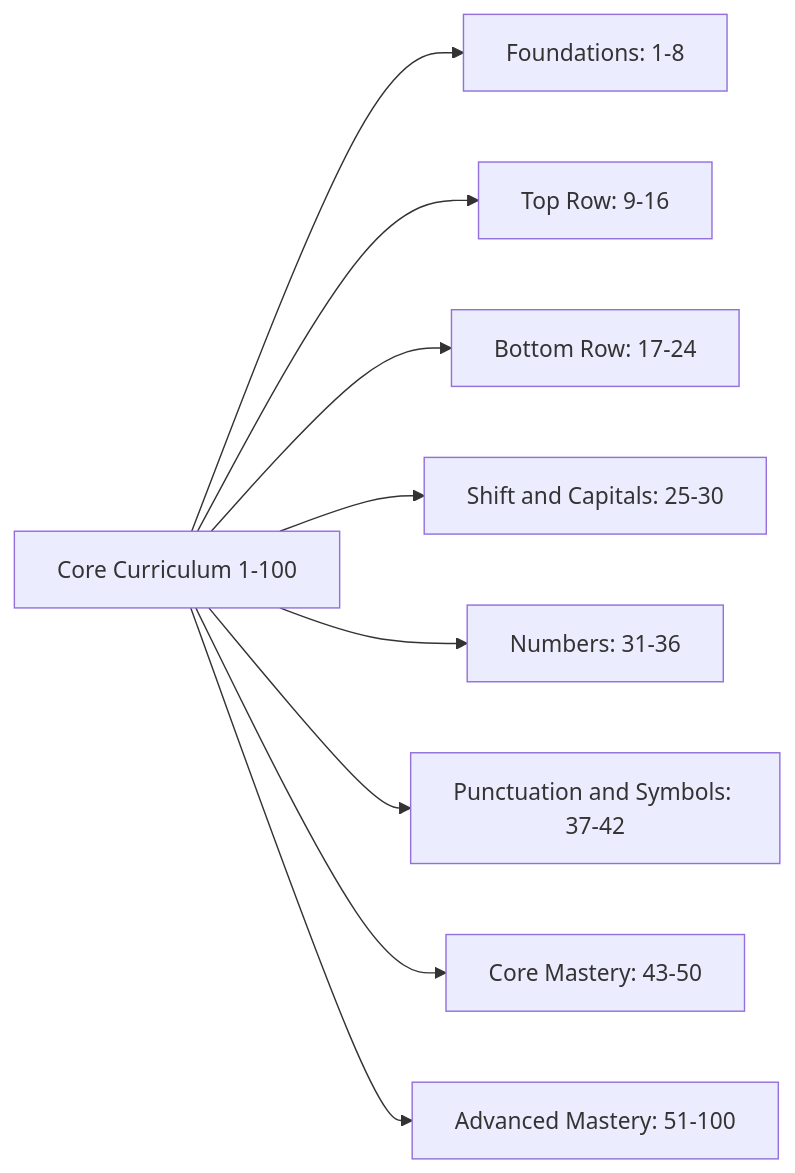
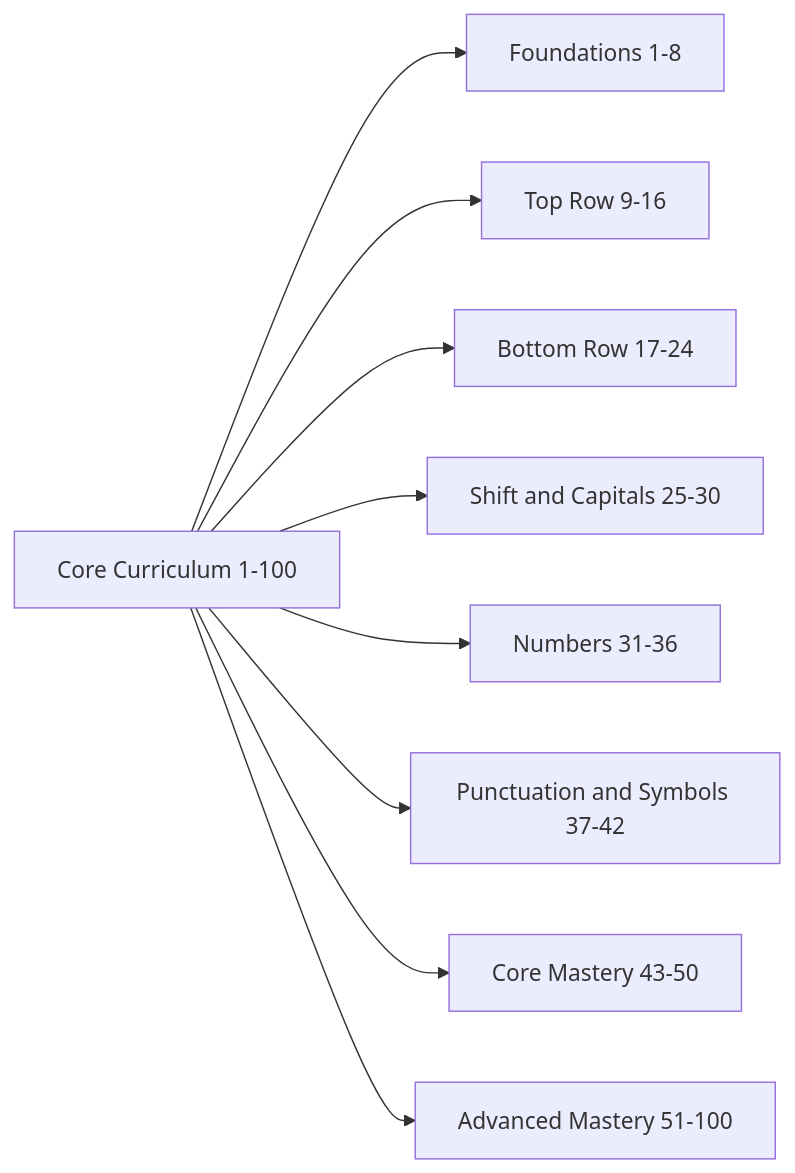
One commit to Arbab-ofc/Typing-Academy changed the first of 2 diagrams in README.md. Above: the diagram before and after it, drawn with Mermaid. The commit also changed other lines of this file, not shown here.

````diff
--- a/README.md
+++ b/README.md
@@ -132,12 +125,12 @@
 ```mermaid
 flowchart LR
   A[Core Curriculum 1-100]
-  A --> B[Foundations: 1-8]
-  A --> C[Top Row: 9-16]
-  A --> D[Bottom Row: 17-24]
-  A --> E[Shift and Capitals: 25-30]
-  A --> F[Numbers: 31-36]
-  A --> G[Punctuation and Symbols: 37-42]
-  A --> H[Core Mastery: 43-50]
-  A --> I[Advanced Mastery: 51-100]
+  A --> B[Foundations 1-8]
+  A --> C[Top Row 9-16]
+  A --> D[Bottom Row 17-24]
+  A --> E[Shift and Capitals 25-30]
+  A --> F[Numbers 31-36]
+  A --> G[Punctuation and Symbols 37-42]
+  A --> H[Core Mastery 43-50]
+  A --> I[Advanced Mastery 51-100]
 ```
````
